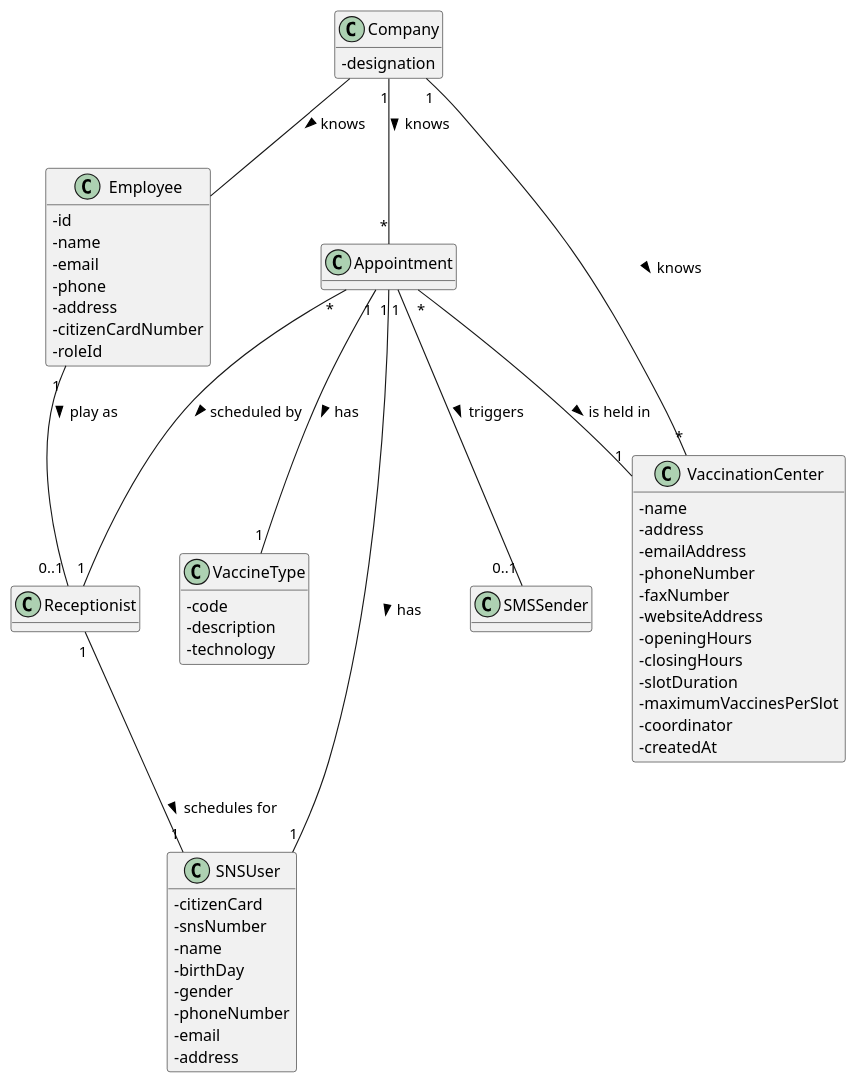
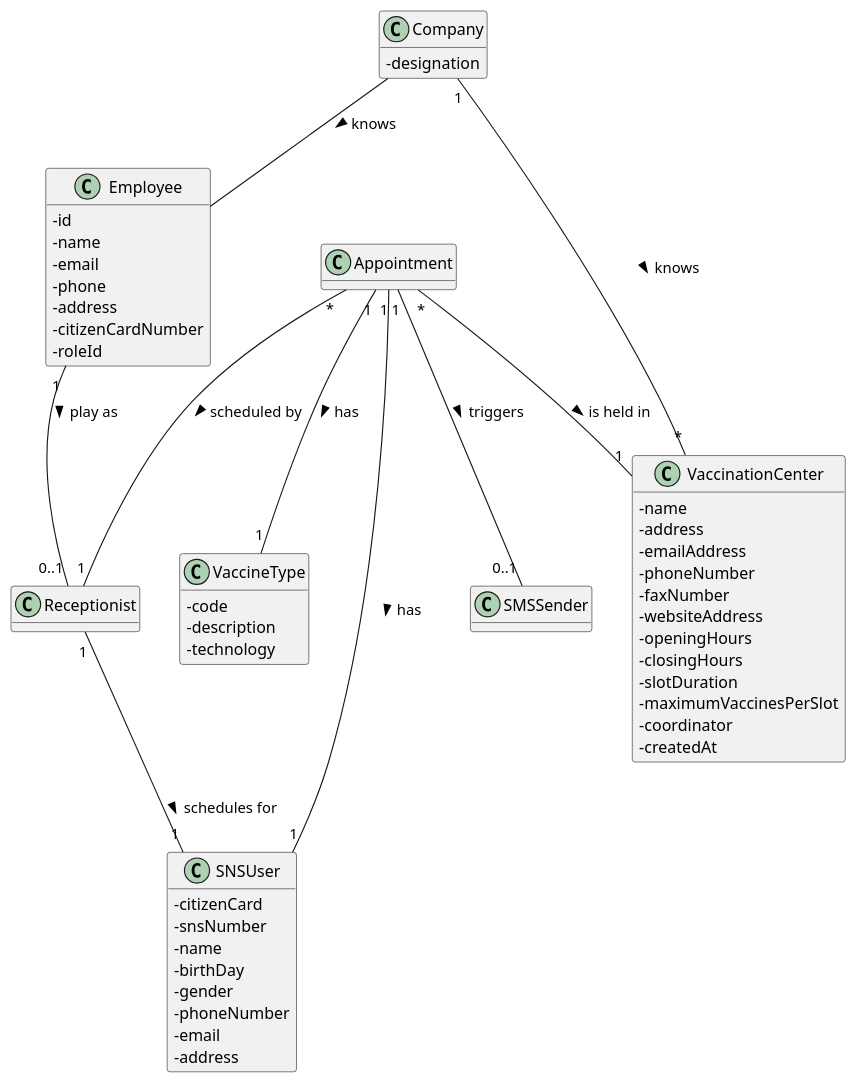
Before and after one commit to miseEnPlace-i/lapr2: the diagram in docs/SprintC/US02/DM/US02_DM.puml, drawn with PlantUML. The commit also changed 1 other file, not shown here.

```diff
--- a/docs/SprintC/US02/DM/US02_DM.puml
+++ b/docs/SprintC/US02/DM/US02_DM.puml
@@ -1,70 +1,70 @@
 @startuml  US02_DM
 hide methods
 skinparam classAttributeIconSize 0
 
 
 class Appointment {}
 
 class VaccineType {
   -code 
   -description
   -technology
 }
 
 class SNSUser {
   - citizenCard
   - snsNumber
   - name
   - birthDay
   - gender
   - phoneNumber
   - email
   - address
 }
 
 class VaccinationCenter{
   -name
   -address
   -emailAddress
   -phoneNumber
   -faxNumber
   -websiteAddress
   -openingHours  
   -closingHours
   -slotDuration
   -maximumVaccinesPerSlot
   -coordinator
   -createdAt
 }
 
 class Company{
   -designation
 }
 
 class Receptionist {}
 
 class Employee {
   -id
   -name
   -email
   -phone
   -address
   -citizenCardNumber
   -roleId
 }
 
 class SMSSender {}
 
-Company "1" -- "*" Appointment : knows >
+
 Appointment "1"  -- "1" VaccineType : has >
 Appointment "*" -- "1" VaccinationCenter : is held in >
 Company "1" -- "*" VaccinationCenter : knows >
 Appointment "*" -- "1" Receptionist : scheduled by >
 Receptionist "1" -- "1" SNSUser : schedules for >
 Appointment "1" -- "1" SNSUser : has >
 Employee "1" -- "0..1" Receptionist : play as >
 Company -- Employee : knows >
 Appointment "1" -- "0..1" SMSSender : triggers >
 
 
 @enduml
```
